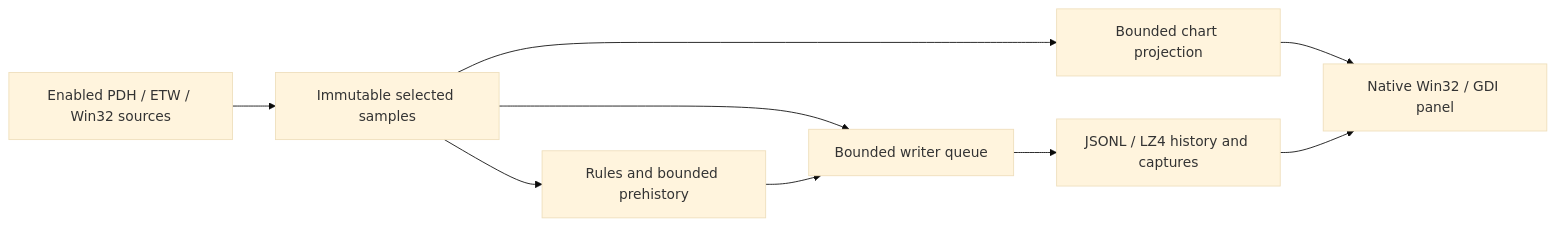
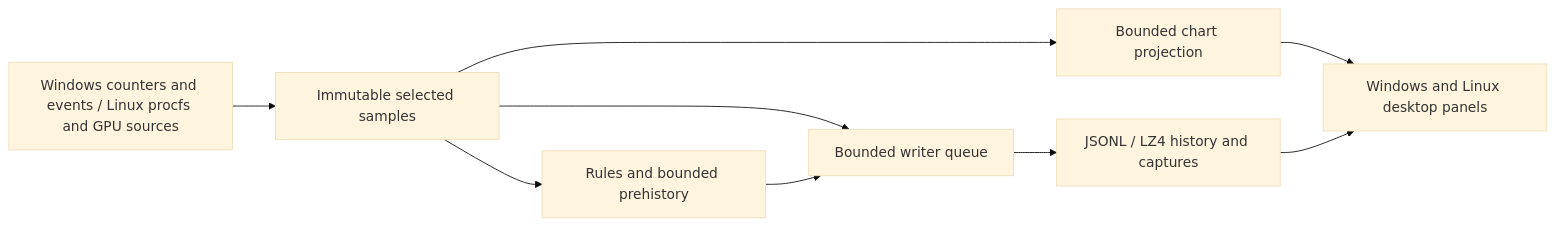
One commit to flochiii/stutter-watch changed the diagram in docs/ARCHITECTURE.md. Above: the diagram before and after it, drawn with Mermaid (base theme). The commit also changed other lines of this file and 4 other files, not shown here.

````diff
--- a/docs/ARCHITECTURE.md
+++ b/docs/ARCHITECTURE.md
@@ -7,11 +7,11 @@
 ```mermaid
 flowchart LR
-    Sources[Enabled PDH / ETW / Win32 sources] --> Samples[Immutable selected samples]
+    Sources[Windows counters and events / Linux procfs and GPU sources] --> Samples[Immutable selected samples]
     Samples --> Detector[Rules and bounded prehistory]
     Samples --> History[Bounded chart projection]
     Samples --> Writer[Bounded writer queue]
     Detector --> Writer
     Writer --> Disk[JSONL / LZ4 history and captures]
-    History --> Panel[Native Win32 / GDI panel]
+    History --> Panel[Windows and Linux desktop panels]
     Disk --> Panel
 ```
````
